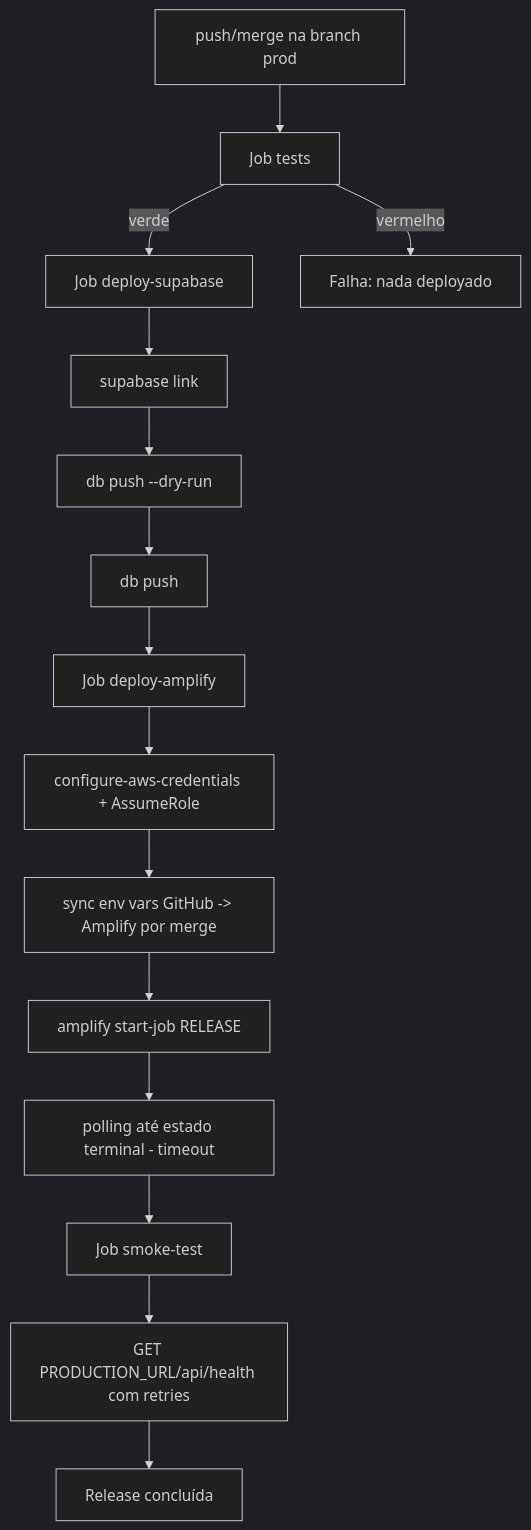
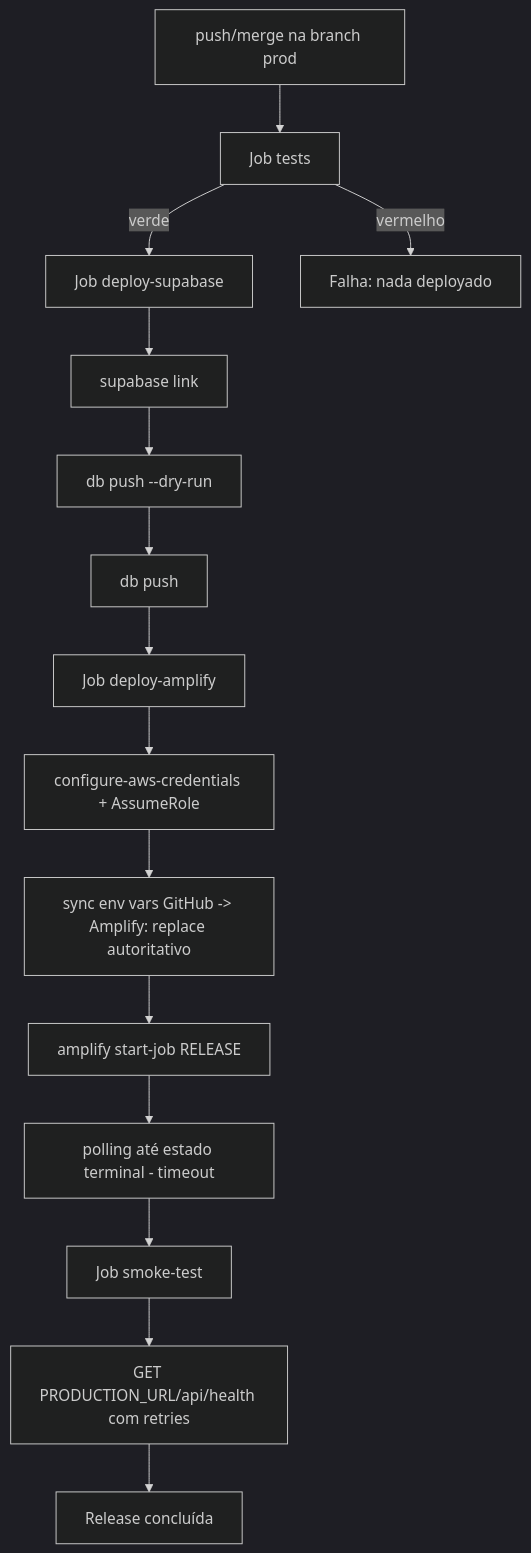
One commit to yaidEnterprise/yaid_dashboard changed the first of 2 diagrams in docs/deployment/production-cicd.md. Above: the diagram before and after it, drawn with Mermaid (dark theme). The commit also changed other lines of this file and 1 other file, not shown here.

Commit message:
docs(story-11.8): update Amplify deploy runbook with authoritative env-var sync model

````diff
--- a/docs/deployment/production-cicd.md
+++ b/docs/deployment/production-cicd.md
@@ -74,17 +74,17 @@
 ```mermaid
 flowchart TD
     A[push/merge na branch prod] --> B[Job tests]
     B -->|verde| C[Job deploy-supabase]
     B -->|vermelho| X[Falha: nada deployado]
     C --> C1[supabase link]
     C1 --> C2[db push --dry-run]
     C2 --> C3[db push]
     C3 --> D[Job deploy-amplify]
     D --> D1[configure-aws-credentials + AssumeRole]
-    D1 --> D2[sync env vars GitHub -> Amplify por merge]
+    D1 --> D2[sync env vars GitHub -> Amplify: replace autoritativo]
     D2 --> D3[amplify start-job RELEASE]
     D3 --> D4[polling até estado terminal - timeout]
     D4 --> E[Job smoke-test]
     E --> E1[GET PRODUCTION_URL/api/health com retries]
     E1 --> F[Release concluída]
 ```
````
